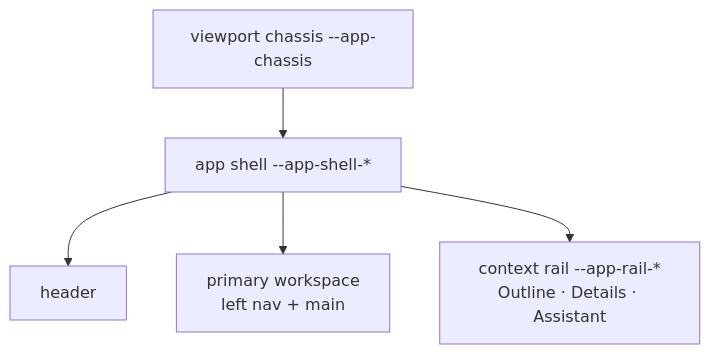
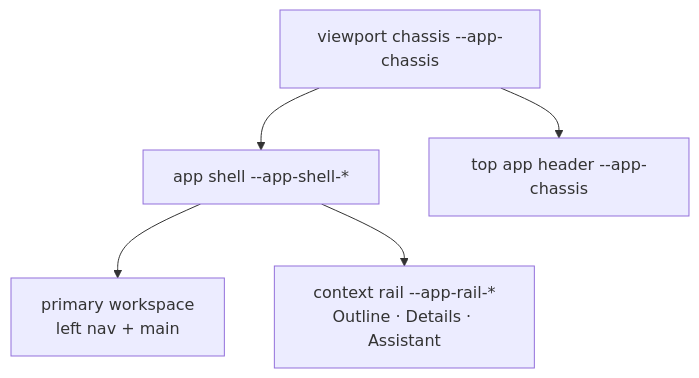
The second of 6 diagrams in docs/architecture/04-frontend-structure.md (Compendiq/compendiq-ce), drawn with Mermaid before and after one commit. The commit also changed other lines of this file and 44 other files, not shown here.

Commit message:
feat(ui): adopt Graphite and Paper Steel palette

````diff
--- a/docs/architecture/04-frontend-structure.md
+++ b/docs/architecture/04-frontend-structure.md
@@ -73,13 +75,13 @@
 ```mermaid
 flowchart TB
     chassis["viewport chassis --app-chassis"]
     shell["app shell --app-shell-*"]
-    header["header"]
+    header["top app header --app-chassis"]
     workspace["primary workspace<br/>left nav + main"]
     rail["context rail --app-rail-*<br/>Outline · Details · Assistant"]
 
+    chassis --> header
     chassis --> shell
-    shell --> header
     shell --> workspace
     shell --> rail
 ```
````
